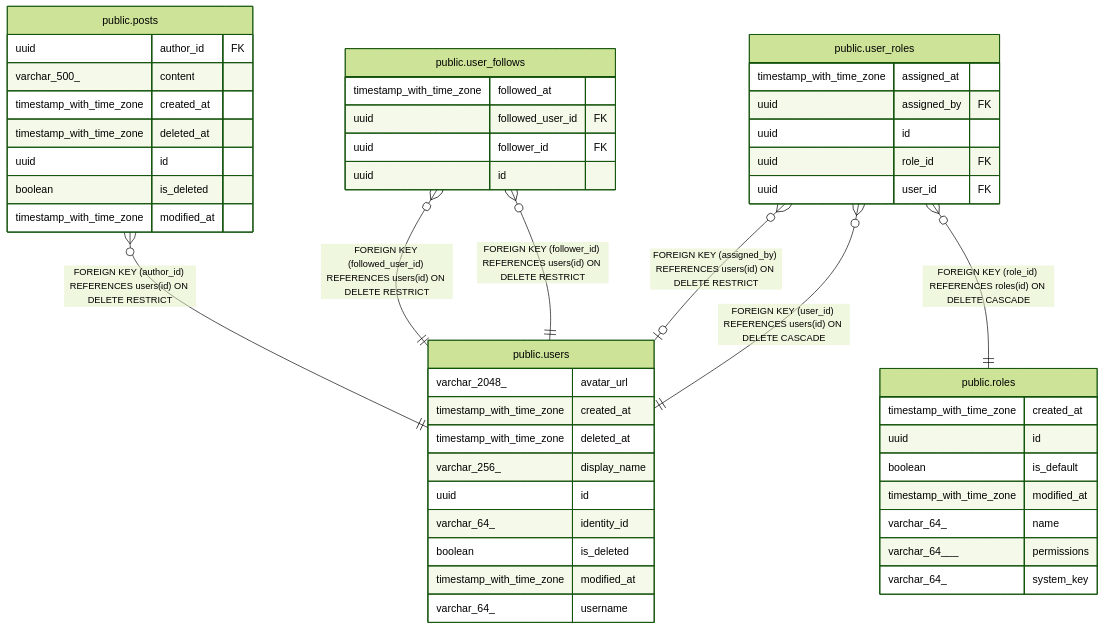
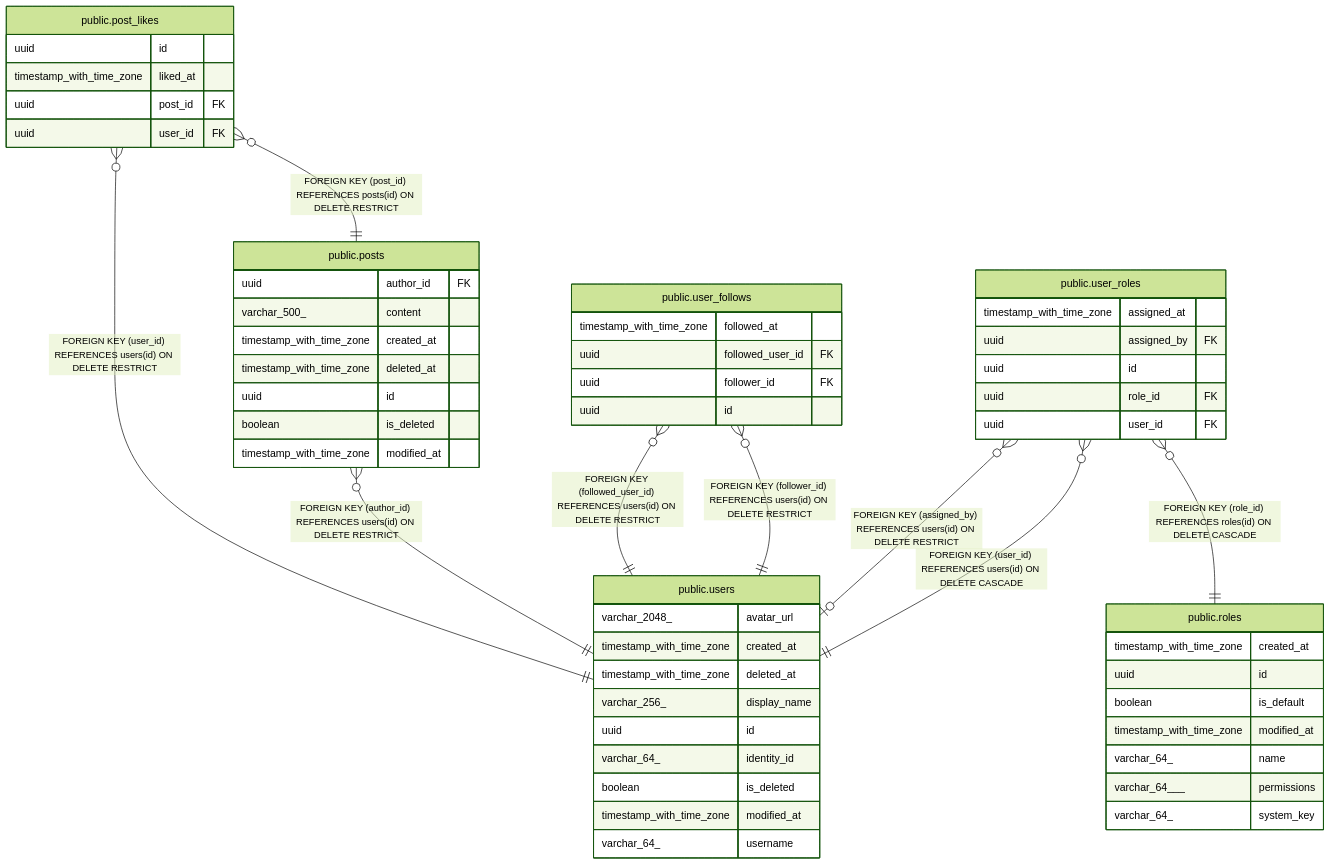
Before and after one commit to trduc2712/choco-api: the diagram in docs/database/README.md, drawn with Mermaid (forest theme). The commit also changed other lines of this file and 46 other files, not shown here.

First line of the commit message:
feat: add likes on posts

````diff
--- a/docs/database/README.md
+++ b/docs/database/README.md
@@ -24,53 +25,61 @@
 ```mermaid
 erDiagram
 
+"public.post_likes" }o--|| "public.users" : "FOREIGN KEY (user_id) REFERENCES users(id) ON DELETE RESTRICT"
+"public.post_likes" }o--|| "public.posts" : "FOREIGN KEY (post_id) REFERENCES posts(id) ON DELETE RESTRICT"
 "public.posts" }o--|| "public.users" : "FOREIGN KEY (author_id) REFERENCES users(id) ON DELETE RESTRICT"
 "public.user_follows" }o--|| "public.users" : "FOREIGN KEY (followed_user_id) REFERENCES users(id) ON DELETE RESTRICT"
 "public.user_follows" }o--|| "public.users" : "FOREIGN KEY (follower_id) REFERENCES users(id) ON DELETE RESTRICT"
 "public.user_roles" }o--o| "public.users" : "FOREIGN KEY (assigned_by) REFERENCES users(id) ON DELETE RESTRICT"
 "public.user_roles" }o--|| "public.users" : "FOREIGN KEY (user_id) REFERENCES users(id) ON DELETE CASCADE"
 "public.user_roles" }o--|| "public.roles" : "FOREIGN KEY (role_id) REFERENCES roles(id) ON DELETE CASCADE"
 
+"public.post_likes" {
+  uuid id
+  timestamp_with_time_zone liked_at
+  uuid post_id FK
+  uuid user_id FK
+}
 "public.posts" {
   uuid author_id FK
   varchar_500_ content
   timestamp_with_time_zone created_at
   timestamp_with_time_zone deleted_at
   uuid id
   boolean is_deleted
   timestamp_with_time_zone modified_at
 }
 "public.roles" {
   timestamp_with_time_zone created_at
   uuid id
   boolean is_default
   timestamp_with_time_zone modified_at
   varchar_64_ name
   varchar_64___ permissions
   varchar_64_ system_key
 }
 "public.user_follows" {
   timestamp_with_time_zone followed_at
   uuid followed_user_id FK
   uuid follower_id FK
   uuid id
 }
 "public.user_roles" {
   timestamp_with_time_zone assigned_at
   uuid assigned_by FK
   uuid id
   uuid role_id FK
   uuid user_id FK
 }
 "public.users" {
   varchar_2048_ avatar_url
   timestamp_with_time_zone created_at
   timestamp_with_time_zone deleted_at
   varchar_256_ display_name
   uuid id
   varchar_64_ identity_id
   boolean is_deleted
   timestamp_with_time_zone modified_at
   varchar_64_ username
 }
 ```
````
